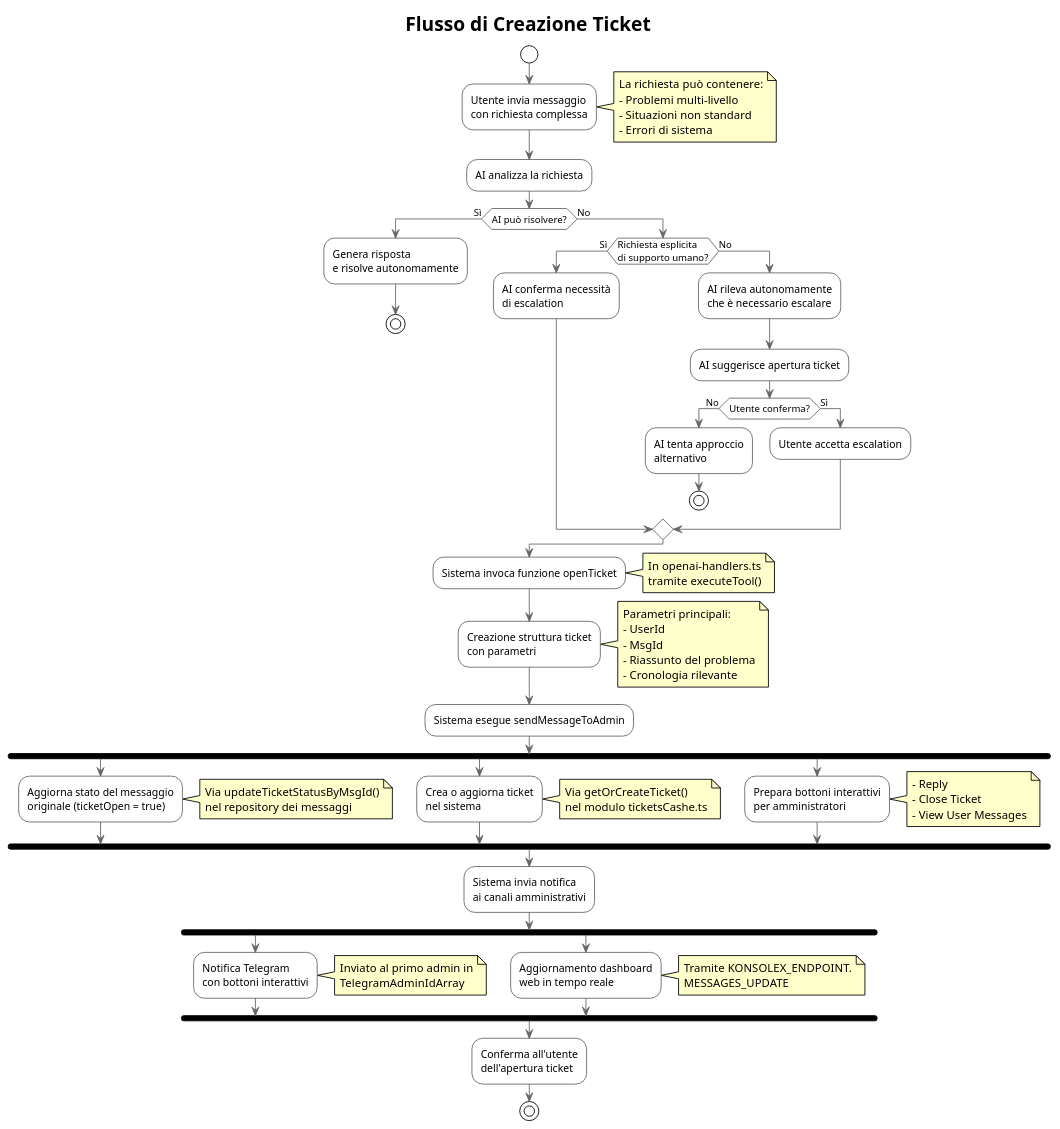
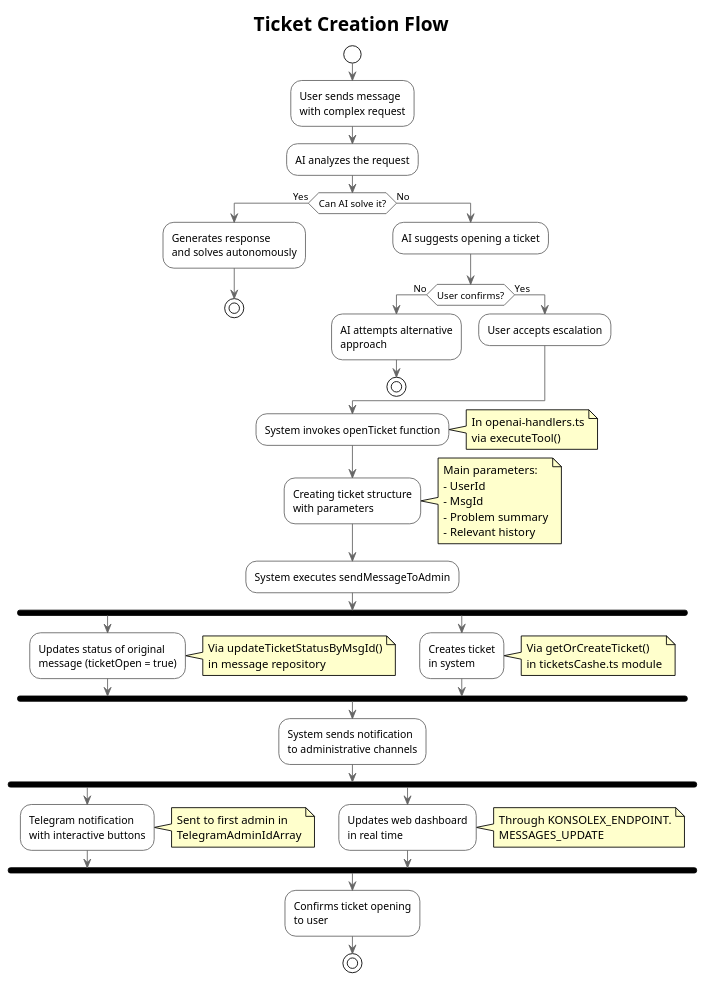
The diagram in doc/diagrams/ticketing/ticket-creation-flow.puml (Gaseb86/tirocinio), drawn with PlantUML before and after one commit. The commit also changed 55 other files, not shown here.

```diff
--- a/doc/diagrams/ticketing/ticket-creation-flow.puml
+++ b/doc/diagrams/ticketing/ticket-creation-flow.puml
@@ -1,103 +1,83 @@
 @startuml Ticket Creation Flow
 !theme plain
 skinparam ActivityBackgroundColor White
 skinparam ActivityBorderColor #666666
 skinparam ArrowColor #666666
 skinparam ActivityDiamondBackgroundColor White
 skinparam NoteBackgroundColor #FFFFCC
 
-title Flusso di Creazione Ticket
+title Ticket Creation Flow
 
 start
 
-:Utente invia messaggio\ncon richiesta complessa;
+:User sends message\nwith complex request;
 
-note right
-  La richiesta può contenere:
-  - Problemi multi-livello
-  - Situazioni non standard
-  - Errori di sistema
-end note
+:AI analyzes the request;
 
-:AI analizza la richiesta;
-
-if (AI può risolvere?) then (Sì)
-  :Genera risposta\ne risolve autonomamente;
+if (Can AI solve it?) then (Yes)
+  :Generates response\nand solves autonomously;
   stop
 else (No)
-  if (Richiesta esplicita\ndi supporto umano?) then (Sì)
-    :AI conferma necessità\ndi escalation;
-  else (No)
-    :AI rileva autonomamente\nche è necessario escalare;
-    :AI suggerisce apertura ticket;
-    
-    if (Utente conferma?) then (No)
-      :AI tenta approccio\nalternativo;
-      stop
-    else (Sì)
-      :Utente accetta escalation;
-    endif
+  :AI suggests opening a ticket;
+  if (User confirms?) then (No)
+    :AI attempts alternative\napproach;
+    stop
+  else (Yes)
+    :User accepts escalation;
   endif
 endif
 
-:Sistema invoca funzione openTicket;
+:System invokes openTicket function;
 
 note right
   In openai-handlers.ts
-  tramite executeTool()
+  via executeTool()
 end note
 
-:Creazione struttura ticket\ncon parametri;
+:Creating ticket structure\nwith parameters;
 
 note right
-  Parametri principali:
+  Main parameters:
   - UserId
   - MsgId
-  - Riassunto del problema
-  - Cronologia rilevante
+  - Problem summary
+  - Relevant history
 end note
 
-:Sistema esegue sendMessageToAdmin;
+:System executes sendMessageToAdmin;
 
 fork
-  :Aggiorna stato del messaggio\noriginale (ticketOpen = true);
+  :Updates status of original\nmessage (ticketOpen = true);
   note right
     Via updateTicketStatusByMsgId()
-    nel repository dei messaggi
+    in message repository
   end note
 fork again
-  :Crea o aggiorna ticket\nnel sistema;
+  :Creates ticket\nin system;
   note right
     Via getOrCreateTicket()
-    nel modulo ticketsCashe.ts
-  end note
-fork again
-  :Prepara bottoni interattivi\nper amministratori;
-  note right
-    - Reply
-    - Close Ticket
-    - View User Messages
+    in ticketsCashe.ts module
   end note
 end fork
 
-:Sistema invia notifica\nai canali amministrativi;
+:System sends notification\nto administrative channels;
 
 fork
-  :Notifica Telegram\ncon bottoni interattivi;
+  :Telegram notification\nwith interactive buttons;
   note right
-    Inviato al primo admin in
+    Sent to first admin in
     TelegramAdminIdArray
   end note
 fork again
-  :Aggiornamento dashboard\nweb in tempo reale;
+  :Updates web dashboard\nin real time;
   note right
-    Tramite KONSOLEX_ENDPOINT.
+    Through KONSOLEX_ENDPOINT.
     MESSAGES_UPDATE
   end note
 end fork
 
-:Conferma all'utente\ndell'apertura ticket;
+:Confirms ticket opening\nto user;
 
 stop
 
 @enduml
```
